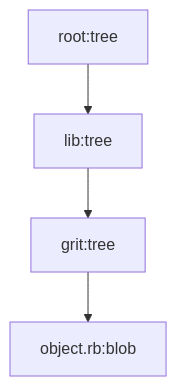
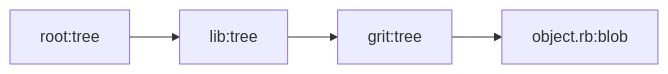
One commit to j-dunham/GRr changed the diagram in README.md. Above: the diagram before and after it, drawn with Mermaid.

````diff
--- a/README.md
+++ b/README.md
@@ -17,6 +17,6 @@
 ```mermaid
-   graph TD;
+   graph LR;
    root:tree-->lib:tree;
    lib:tree-->grit:tree;
    grit:tree-->object.rb:blob;
 ```     
````
